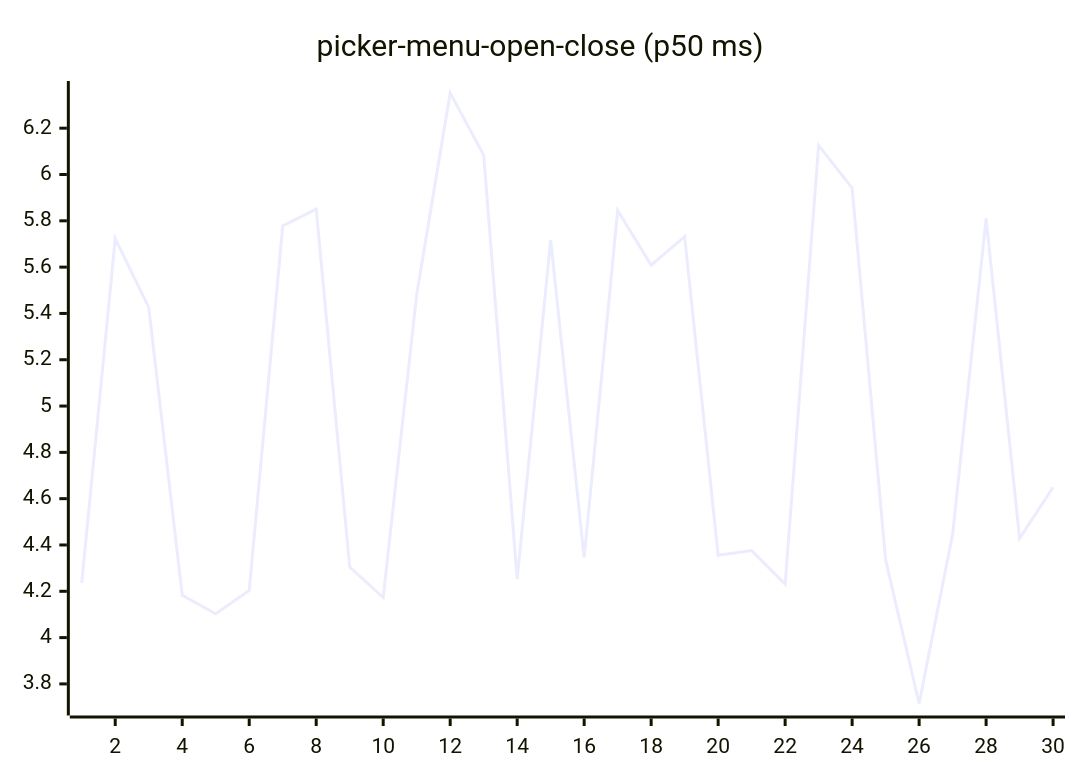
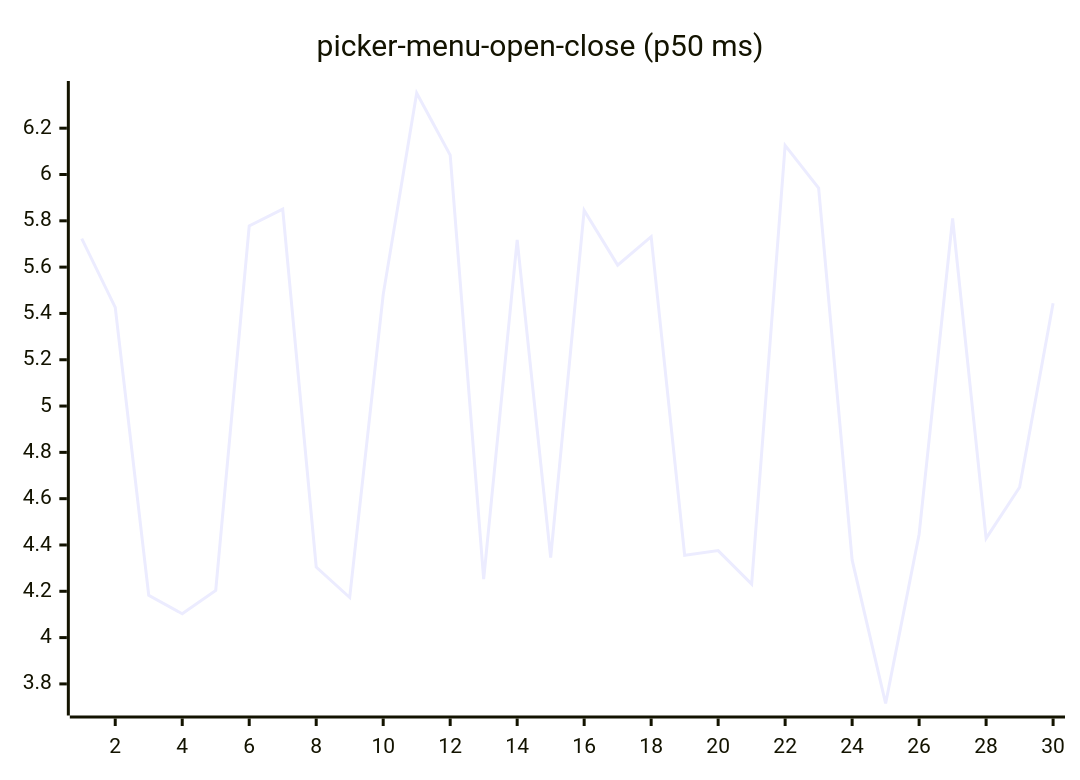
Before and after one commit to josha/Facet: diagram 16 of 27 in README.md, drawn with Mermaid. The commit also changed other lines of this file and 2 other files, not shown here.

````diff
--- a/README.md
+++ b/README.md
@@ -168,6 +168,6 @@
 ```mermaid
 xychart-beta
     title "picker-menu-open-close (p50 ms)"
     x-axis 1 --> 30
-    line [4.2362, 5.7230, 5.4264, 4.1828, 4.1028, 4.2034, 5.7775, 5.8503, 4.3049, 4.1731, 5.4814, 6.3520, 6.0839, 4.2522, 5.7175, 4.3452, 5.8449, 5.6085, 5.7317, 4.3559, 4.3756, 4.2307, 6.1258, 5.9413, 4.3353, 3.7154, 4.4466, 5.8101, 4.4287, 4.6495]
+    line [5.7230, 5.4264, 4.1828, 4.1028, 4.2034, 5.7775, 5.8503, 4.3049, 4.1731, 5.4814, 6.3520, 6.0839, 4.2522, 5.7175, 4.3452, 5.8449, 5.6085, 5.7317, 4.3559, 4.3756, 4.2307, 6.1258, 5.9413, 4.3353, 3.7154, 4.4466, 5.8101, 4.4287, 4.6495, 5.4442]
 ```
````
